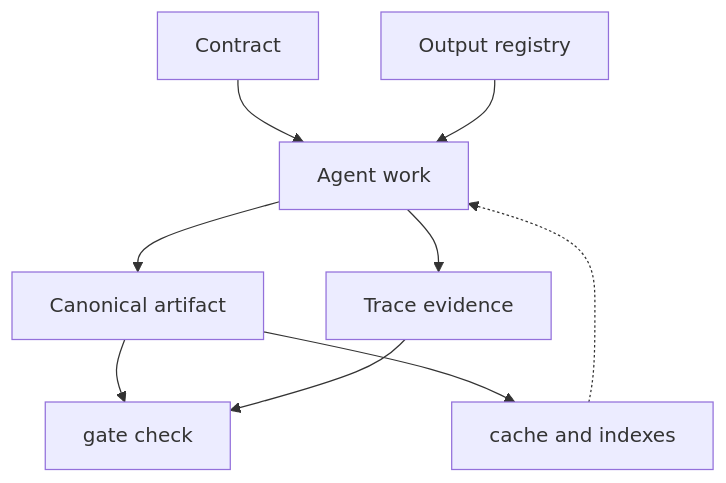
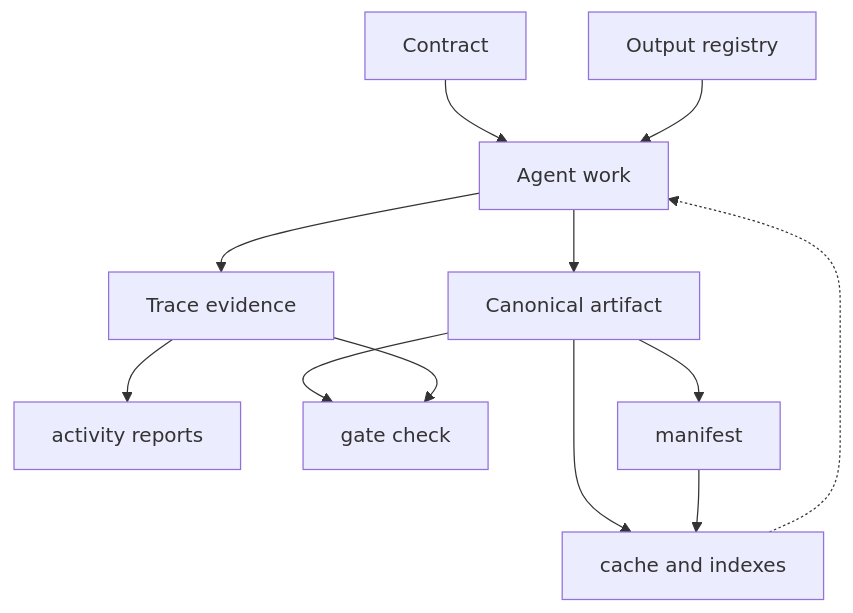
One commit to aantenore/agentic-sdlc-codex-plugin changed the diagram in templates/kb-readme.md. Above: the diagram before and after it, drawn with Mermaid. The commit also changed other lines of this file and 20 other files, not shown here.

````diff
--- a/templates/kb-readme.md
+++ b/templates/kb-readme.md
@@ -54,11 +60,14 @@
 ```mermaid
 flowchart TB
   Contract["Contract"] --> Agent["Agent work"]
   OutputRegistry["Output registry"] --> Agent
   Agent --> Artifact["Canonical artifact"]
   Agent --> Trace["Trace evidence"]
+  Trace --> Report["activity reports"]
   Artifact --> Gate["gate check"]
   Trace --> Gate
+  Artifact --> Manifest["manifest"]
   Artifact --> Cache["cache and indexes"]
+  Manifest --> Cache
   Cache -.-> Agent
 ```
````
